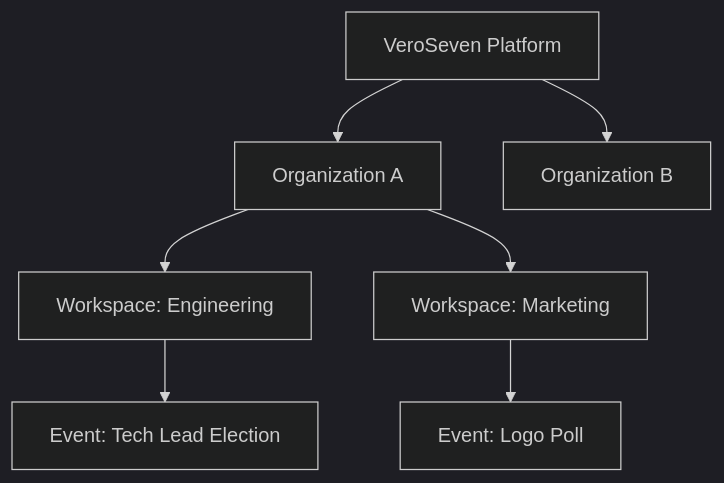
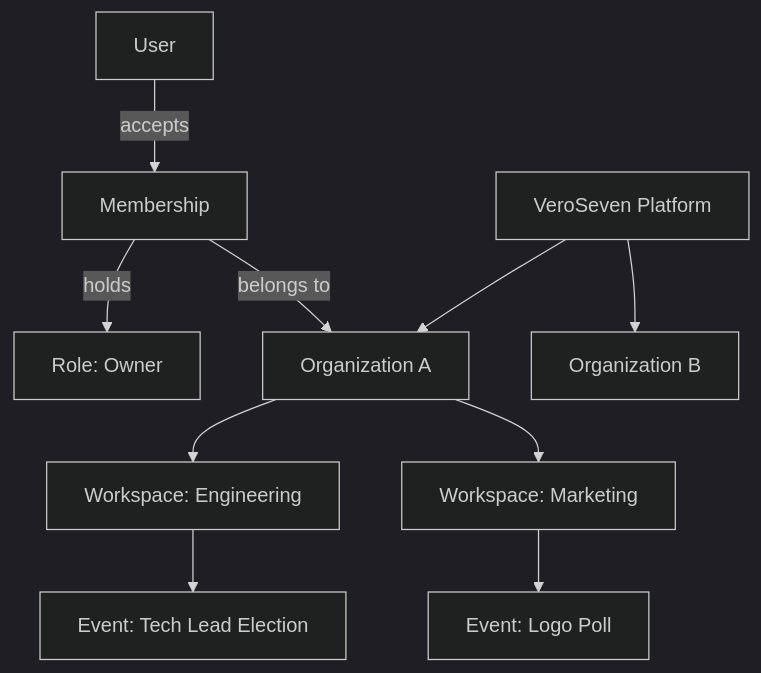
Before and after one commit to SevenCandid/OmniVote: the third of 4 diagrams in docs/architecture/domain-model.md, drawn with Mermaid (dark theme). The commit also changed other lines of this file and 95 other files, not shown here.

````diff
--- a/docs/architecture/domain-model.md
+++ b/docs/architecture/domain-model.md
@@ -113,11 +146,15 @@
 ```mermaid
 graph TD
-    Root[VeroSeven Platform] --> OrgA[Organization A]
+    User[User] -->|accepts| Mem[Membership]
+    Mem -->|holds| Role[Role: Owner]
+    Mem -->|belongs to| OrgA[Organization A]
+    
+    Root[VeroSeven Platform] --> OrgA
     Root --> OrgB[Organization B]
     
     OrgA --> W1[Workspace: Engineering]
     OrgA --> W2[Workspace: Marketing]
     
     W1 --> E1[Event: Tech Lead Election]
     W2 --> E2[Event: Logo Poll]
 ```
````
